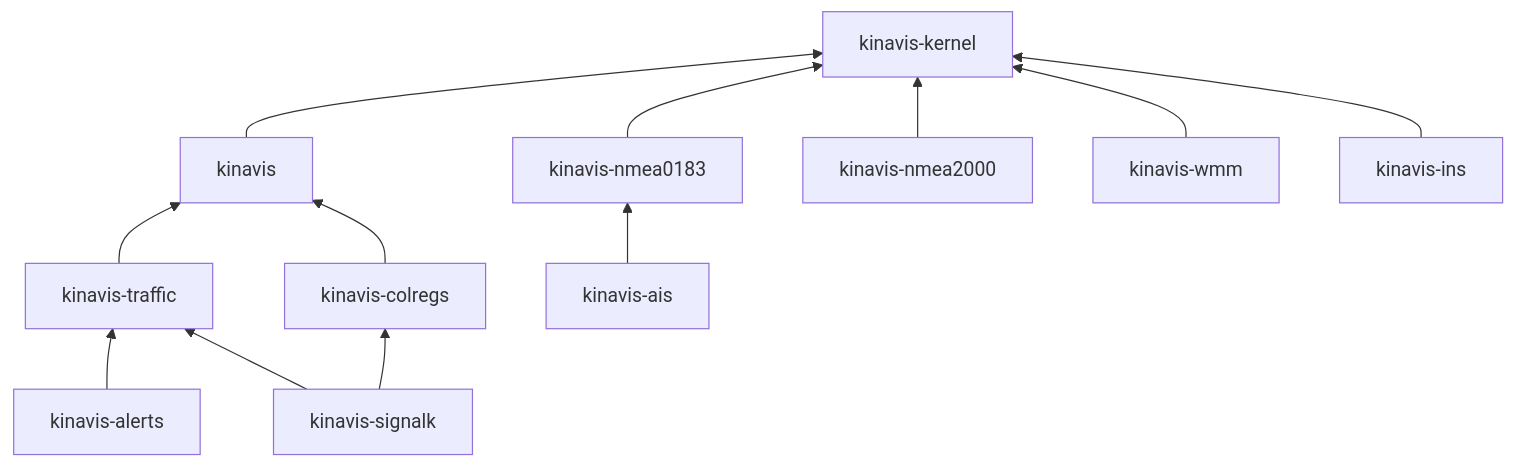
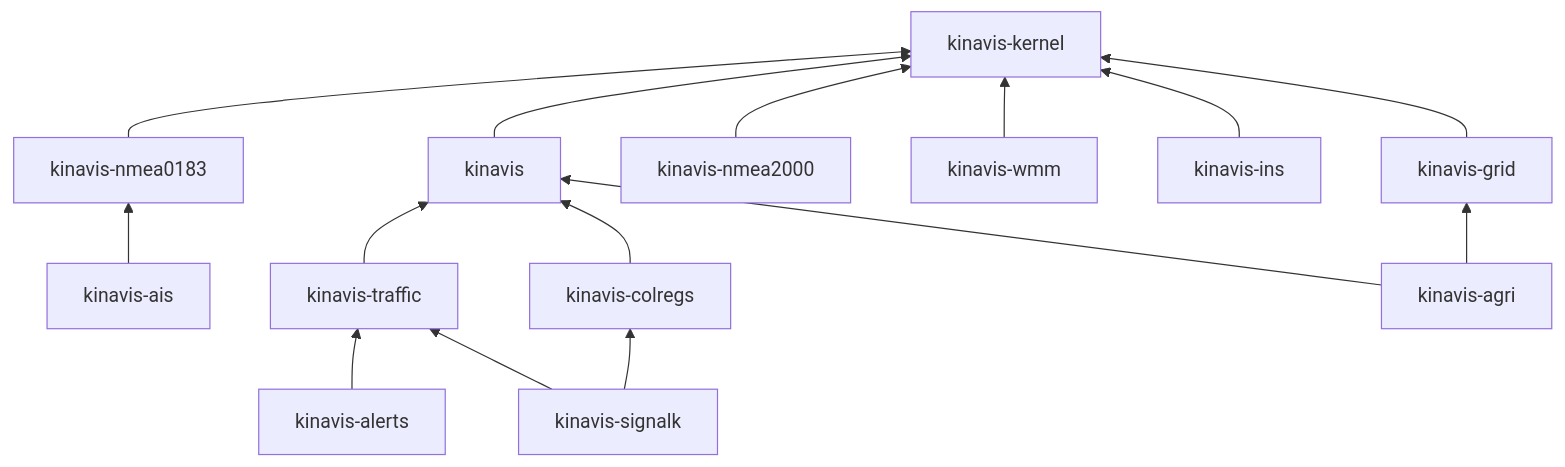
The diagram in README.md (KINAVIS/kinavis), drawn with Mermaid before and after one commit. The commit also changed other lines of this file and 28 other files, not shown here.

````diff
--- a/README.md
+++ b/README.md
@@ -71,15 +71,18 @@
 ```mermaid
 graph BT
     kernel[kinavis-kernel]
     kinavis --> kernel
     nmea0183[kinavis-nmea0183] --> kernel
     nmea2000[kinavis-nmea2000] --> kernel
     wmm[kinavis-wmm] --> kernel
     ins[kinavis-ins] --> kernel
     ais[kinavis-ais] --> nmea0183
     traffic[kinavis-traffic] --> kinavis
     colregs[kinavis-colregs] --> kinavis
+    grid[kinavis-grid] --> kernel
+    agri[kinavis-agri] --> kinavis
+    agri --> grid
     alerts[kinavis-alerts] --> traffic
     signalk[kinavis-signalk] --> traffic
     signalk --> colregs
 ```
````
